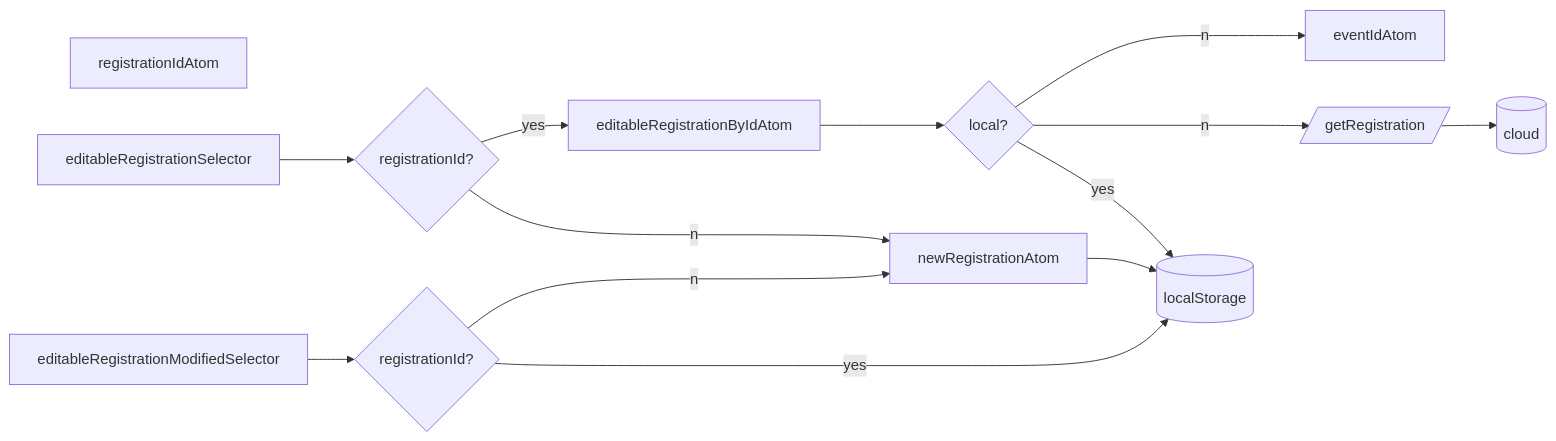
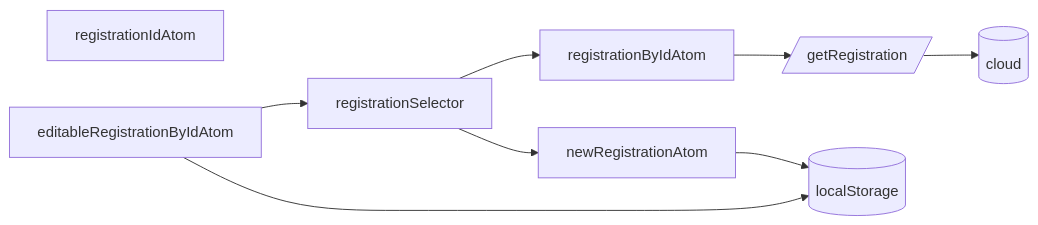
Before and after one commit to koekalenteri/koekalenteri: the fourth of 4 diagrams in koekalenteri-frontend/src/pages/recoil/README.md, drawn with Mermaid. The commit also changed 46 other files, not shown here.

````diff
--- a/koekalenteri-frontend/src/pages/recoil/README.md
+++ b/koekalenteri-frontend/src/pages/recoil/README.md
@@ -71,21 +71,15 @@
 ```mermaid
 flowchart LR
   registrationIdAtom
+  registrationByIdAtom-->getRegistration
   newRegistrationAtom-->storageEffect
-  editableRegistrationByIdAtom-->Q{local?}
-  Q--no-->eventIdAtom
-  Q--no-->getRegistration
-  Q--yes-->storageEffect
+  editableRegistrationByIdAtom-->storageEffect
+  editableRegistrationByIdAtom-->registrationSelector
 
   storageEffect[(localStorage)]
 
-  editableRegistrationSelector-->Q1{registrationId?}
-  Q1--yes-->editableRegistrationByIdAtom
-  Q1--no-->newRegistrationAtom
-
-  editableRegistrationModifiedSelector-->Q2{registrationId?}
-  Q2--no-->newRegistrationAtom
-  Q2--yes-->storageEffect
+  registrationSelector-->newRegistrationAtom
+  registrationSelector-->registrationByIdAtom
 
   getRegistration[/getRegistration/]-->aws[(cloud)]
 ```
````
